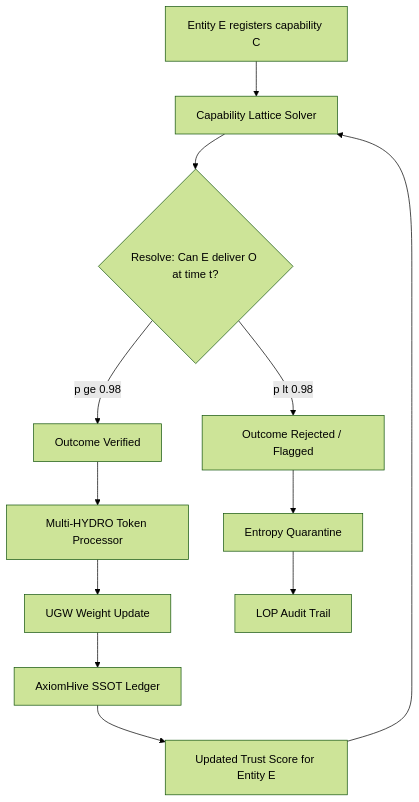
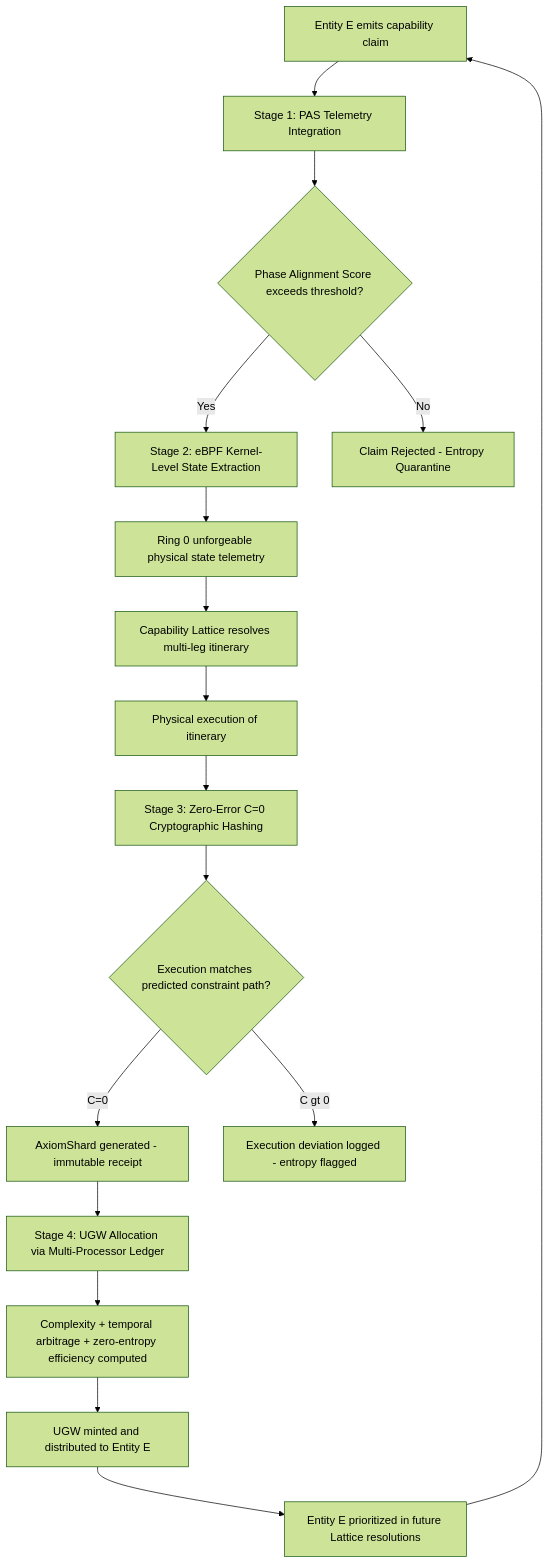
Before and after one commit to DevDollzAi/Raptor-Model: the diagram in plans/sovereign-synthesis-execution-plan.md, drawn with Mermaid (forest theme). The commit also changed other lines of this file and 9 other files, not shown here.

First line of the commit message:
docs(plans): update sovereign synthesis execution plan to v3.0 with expanded architecture

````diff
--- a/plans/sovereign-synthesis-execution-plan.md
+++ b/plans/sovereign-synthesis-execution-plan.md
@@ -24,14 +132,19 @@
 ```mermaid
 flowchart TD
-    A[Entity E registers capability C] --> B[Capability Lattice Solver]
-    B --> C{Resolve: Can E deliver O at time t?}
-    C -->|p ge 0.98| D[Outcome Verified]
-    C -->|p lt 0.98| E[Outcome Rejected / Flagged]
-    D --> F[Multi-HYDRO Token Processor]
-    F --> G[UGW Weight Update]
-    G --> H[AxiomHive SSOT Ledger]
-    H --> I[Updated Trust Score for Entity E]
-    I --> B
-    E --> J[Entropy Quarantine]
-    J --> K[LOP Audit Trail]
+    A[Entity E emits capability claim] --> B[Stage 1: PAS Telemetry Integration]
+    B --> C{Phase Alignment Score exceeds threshold?}
+    C -->|Yes| D[Stage 2: eBPF Kernel-Level State Extraction]
+    C -->|No| X[Claim Rejected - Entropy Quarantine]
+    D --> E[Ring 0 unforgeable physical state telemetry]
+    E --> F[Capability Lattice resolves multi-leg itinerary]
+    F --> G[Physical execution of itinerary]
+    G --> H[Stage 3: Zero-Error C=0 Cryptographic Hashing]
+    H --> I{Execution matches predicted constraint path?}
+    I -->|C=0| J[AxiomShard generated - immutable receipt]
+    I -->|C gt 0| Y[Execution deviation logged - entropy flagged]
+    J --> K[Stage 4: UGW Allocation via Multi-Processor Ledger]
+    K --> L[Complexity + temporal arbitrage + zero-entropy efficiency computed]
+    L --> M[UGW minted and distributed to Entity E]
+    M --> N[Entity E prioritized in future Lattice resolutions]
+    N --> A
 ```
````
